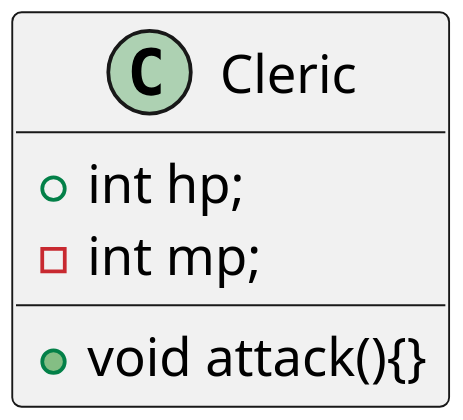
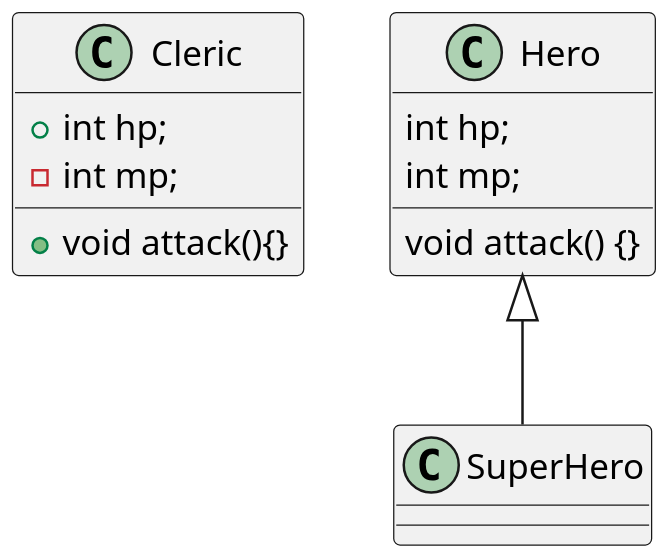
Before and after one commit to SurvivalCodingCampus/sesac7_dart_study: the diagram in lib/game.puml, drawn with PlantUML.

Commit message:
Add UML for inheritance

```diff
--- a/lib/game.puml
+++ b/lib/game.puml
@@ -1,12 +1,21 @@
 @startuml
-scale 3
+scale 2
 
 class Cleric {
     + int hp;
     - int mp;
 
     + void attack(){}
+}
+
+class Hero {
+int hp;
+int mp;
+
+void attack() {}
 
 }
 
+class SuperHero extends Hero {}
+
 @enduml
```
